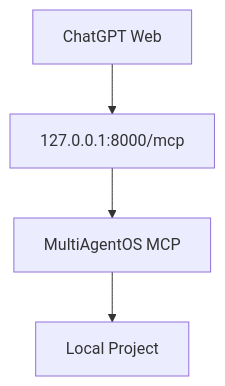
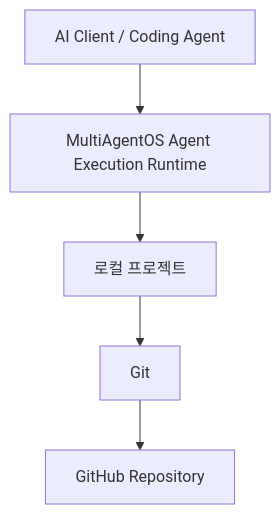
The seventh of 7 diagrams in README.ko.md (eaglesjo/MultiAgentOS), drawn with Mermaid before and after one commit. The commit also changed other lines of this file, not shown here.

````diff
--- a/README.ko.md
+++ b/README.ko.md
@@ -127,6 +232,7 @@
-```mermaid
+~~~mermaid
 flowchart TB
-    CHATWEB["ChatGPT Web"] --> MCP["127.0.0.1:8000/mcp"]
-    MCP --> MAOS["MultiAgentOS MCP"]
-    MAOS --> PROJECT["Local Project"]
-```
+    CLIENT["AI Client / Coding Agent"] --> RUNTIME["MultiAgentOS Agent Execution Runtime"]
+    RUNTIME --> PROJECT["로컬 프로젝트"]
+    PROJECT --> GIT["Git"]
+    GIT --> GITHUB["GitHub Repository"]
+~~~
````
